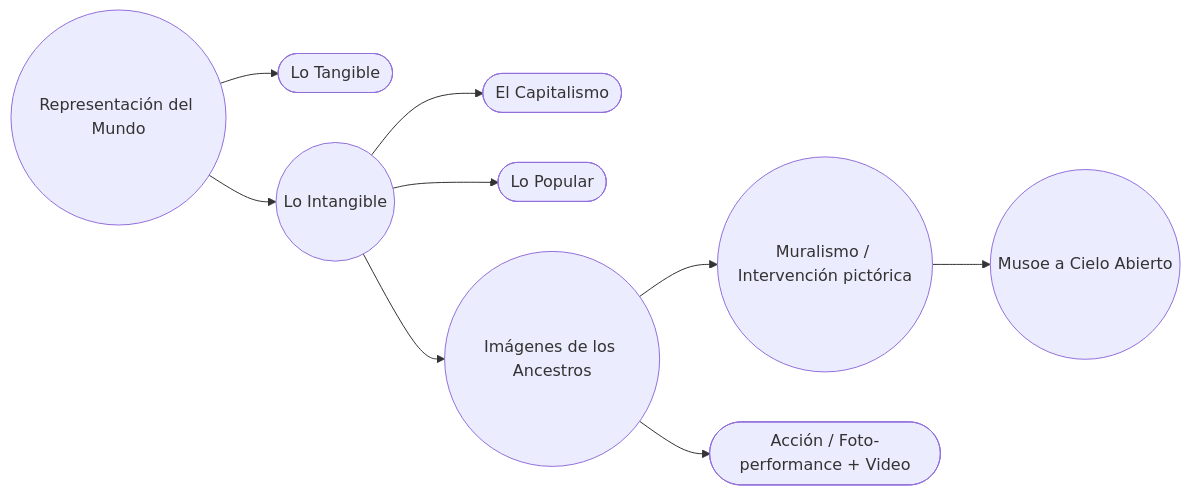
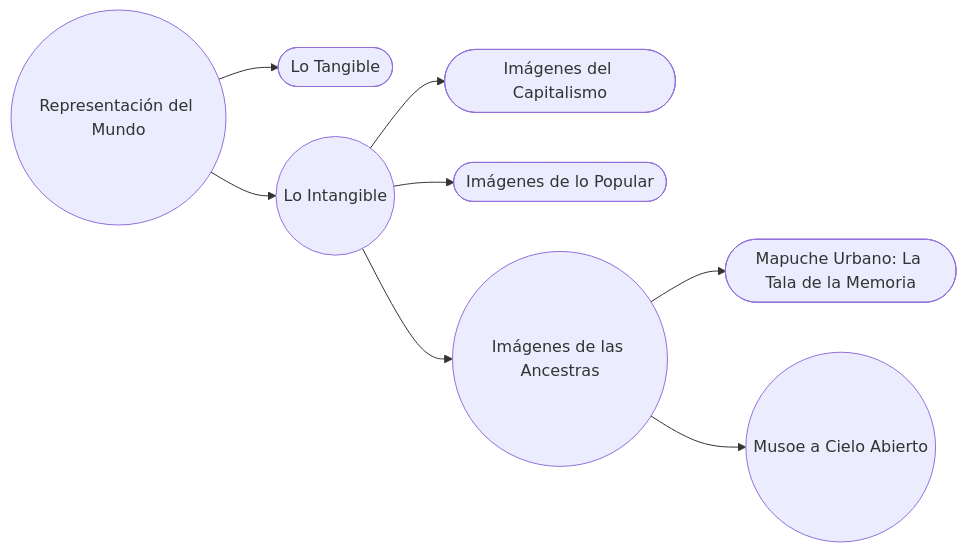
The diagram in ES/musoe-a-cielo-abierto.md (EGGS-Artesvisuales/EGGS-Artesvisuales.github.io), drawn with Mermaid before and after one commit. The commit also changed other lines of this file and 77 other files, not shown here.

```diff
--- a/ES/musoe-a-cielo-abierto.md
+++ b/ES/musoe-a-cielo-abierto.md
@@ -24,30 +20,19 @@
 <div class="mermaid">
 flowchart LR
-  %% Página: Representación del Mundo
-  %% Regla visual:
-  %% - Ruta activa (nodos tocados): ((redondos))
-  %% - Hermanos / ramas fuera de ruta: ([redondeados-rectangulares])
-
   A((Representación del Mundo)) --> T([Lo Tangible])
   A --> I((Lo Intangible))
+  I --> C([Imágenes del Capitalismo])
+  I --> P([Imágenes de lo Popular])
+  I --> AN((Imágenes de las Ancestras))
+  AN --> TA([Mapuche Urbano: La Tala de la Memoria])
+  AN --> MU((Musoe a Cielo Abierto))
 
-  I --> C([El Capitalismo])
-  I --> P([Lo Popular])
-  I --> AN((Imágenes de los Ancestros))
-
-  AN --> AN_M((Muralismo / Intervención pictórica))
-  AN --> AN_A([Acción / Foto-performance + Video])
-
-  AN_M --> MCA((Musoe a Cielo Abierto))
-
-  %% Links (ES/)
   click A "/ES/mundo-exterior.html" "Ir a Representación del Mundo"
   click T "/ES/tangible.html" "Ir a Lo Tangible"
   click I "/ES/intangible.html" "Ir a Lo Intangible"
-  click C "/ES/en-construccion.html" "En construcción"
-  click P "/ES/en-construccion.html" "En construcción"
-  click AN "/ES/imagenes-ancestros.html" "Ir a Imágenes de los Ancestros"
- 
-  click AN_A "/ES/en-construccion.html" "En construcción"
-  click MCA "/ES/musoe-a-cielo-abierto.html" "Ir a Musoe a Cielo Abierto"
+  click C "/ES/imagenes-capitalismo.html" "Ir a Imágenes del Capitalismo"
+  click P "/ES/imagenes-popular.html" "Ir a Imágenes de lo Popular"
+  click AN "/ES/imagenes-ancestros.html" "Ir a Imágenes de las Ancestras"
+  click TA "/ES/mapuche-urbano.html" "Ir a La Tala de la Memoria"
+  click MU "/ES/musoe-a-cielo-abierto.html" "Estás aquí"
 </div>
```
